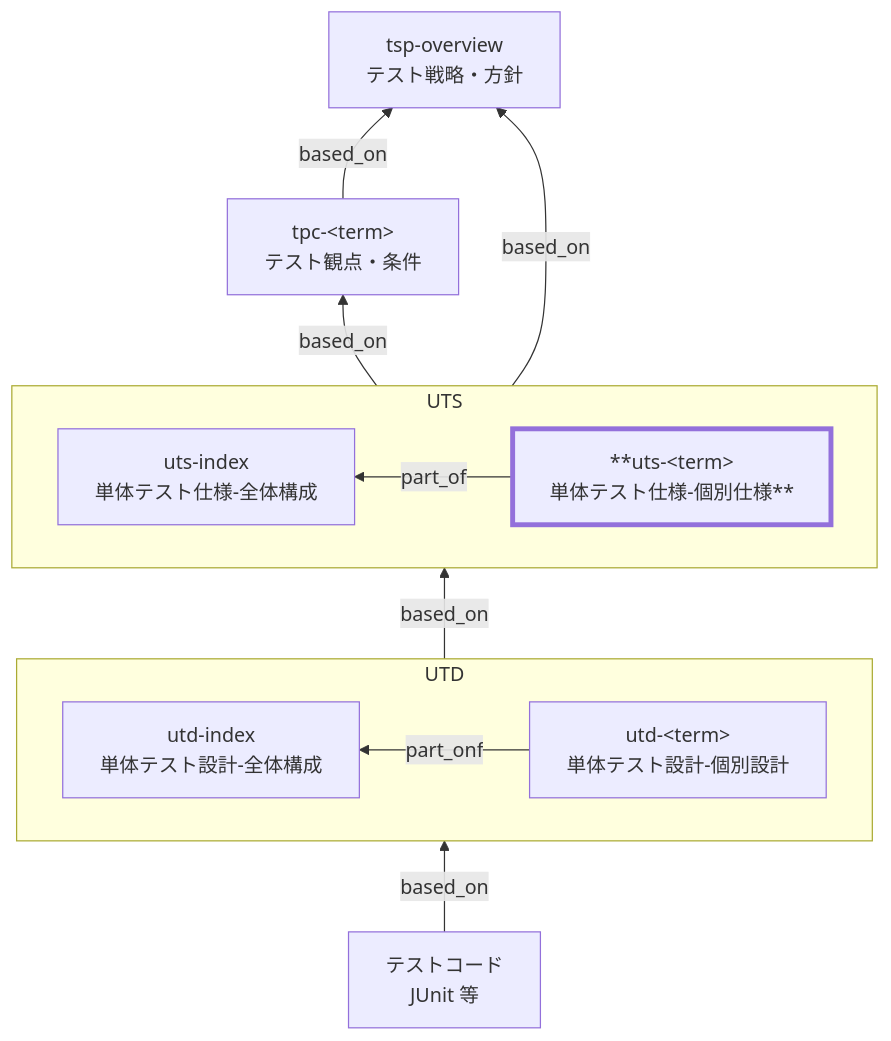
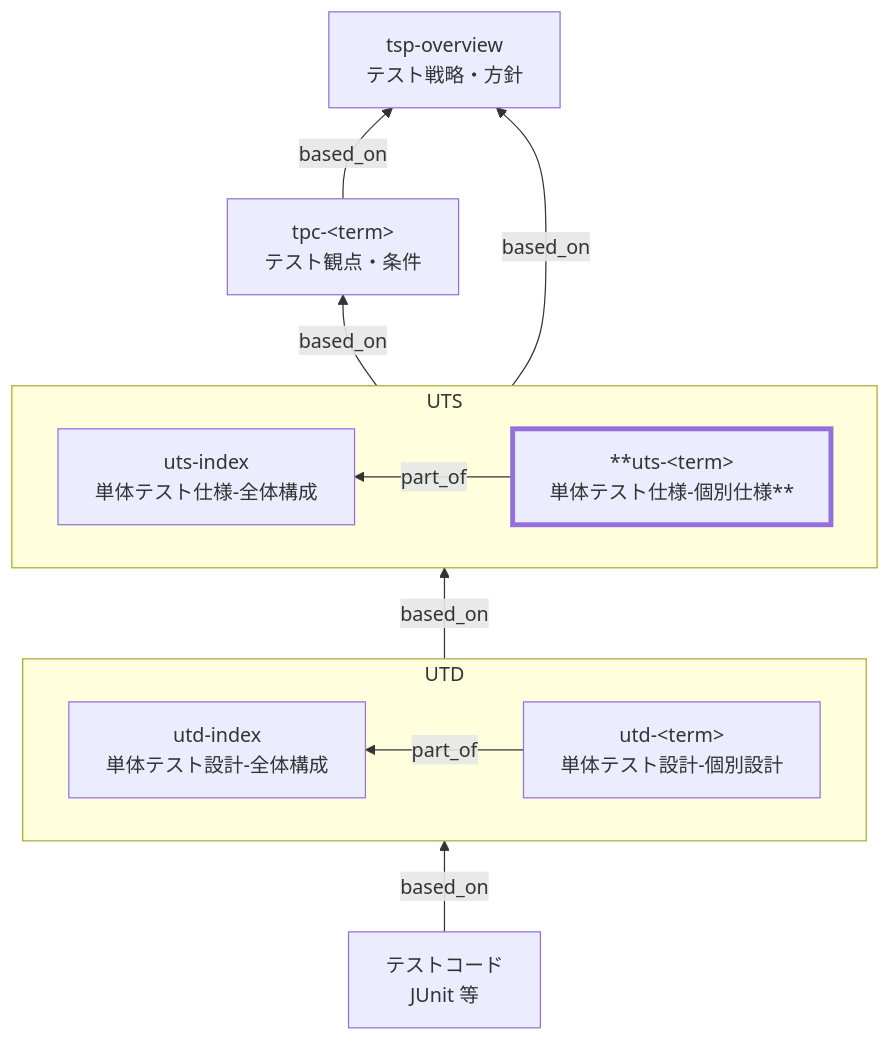
Before and after one commit to naoji3x/grandma-candy-shop: the diagram in docs/ja/handbook/rules/uts-rules.md, drawn with Mermaid. The commit also changed other lines of this file and 2 other files, not shown here.

````diff
--- a/docs/ja/handbook/rules/uts-rules.md
+++ b/docs/ja/handbook/rules/uts-rules.md
@@ -39,31 +39,31 @@
 ```mermaid
 flowchart BT
   TSP["tsp-overview<br>テスト戦略・方針"]
   TPC["tpc-&lt;term&gt;<br>テスト観点・条件"]
 
   subgraph UTS
   direction RL
     UTSIndex["uts-index<br>単体テスト仕様-全体構成"]
     UTSDetail["**uts-&lt;term&gt;<br>単体テスト仕様-個別仕様**"]
   end
 
   subgraph UTD
   direction RL
     UTDIndex["utd-index<br>単体テスト設計-全体構成"]
     UTDDetail["utd-&lt;term&gt;<br>単体テスト設計-個別設計"]
   end
 
   TC["テストコード<br>JUnit 等"]
 
   TPC -->|based_on| TSP
   UTSDetail -->|part_of| UTSIndex
   UTD -->|based_on| UTS
   TC -->|based_on| UTD
 
   UTS -->|based_on| TSP
   UTS -->|based_on| TPC
-  UTDDetail -->|part_onf| UTDIndex
+  UTDDetail -->|part_of| UTDIndex
 
   classDef target stroke-width:4px
   class UTSDetail target
 ```
````
